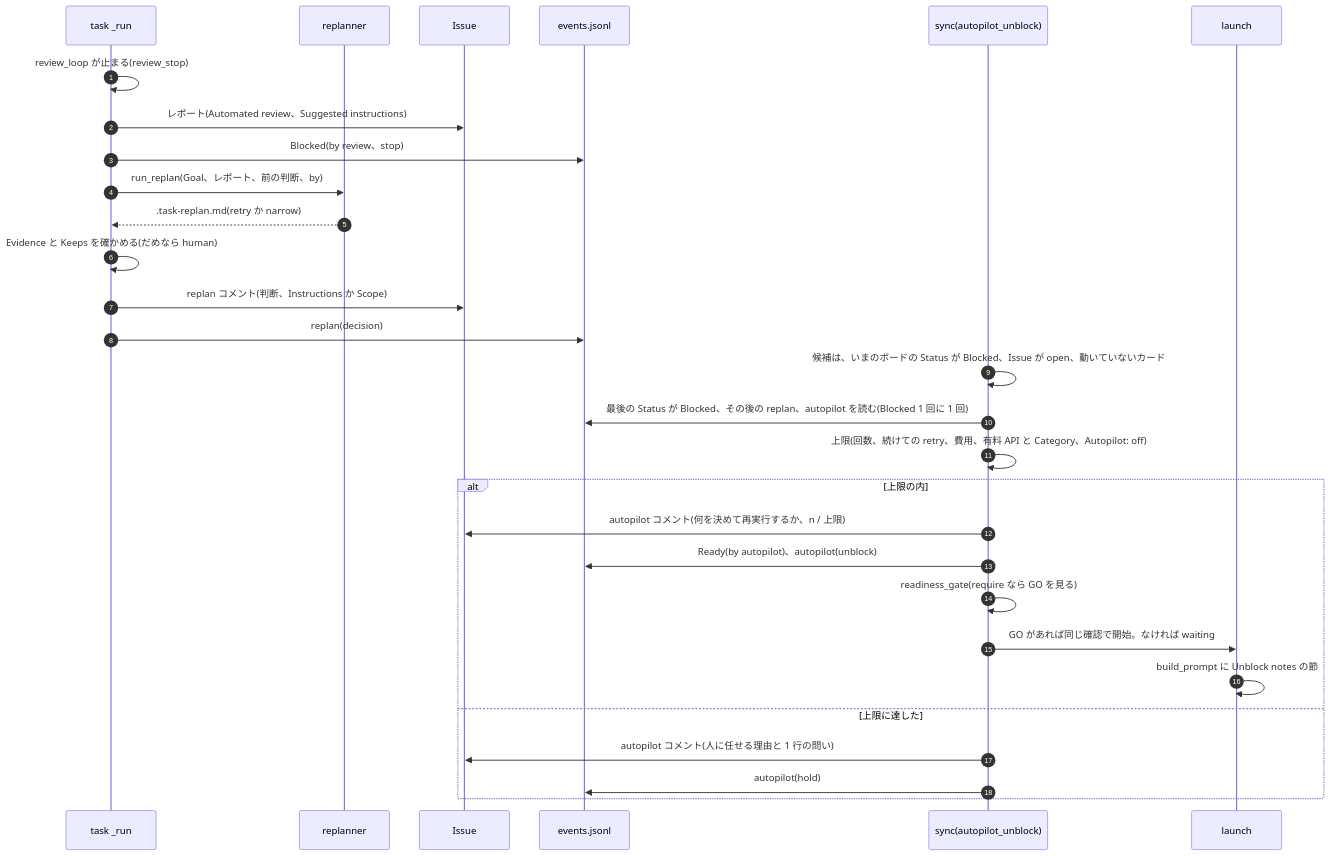
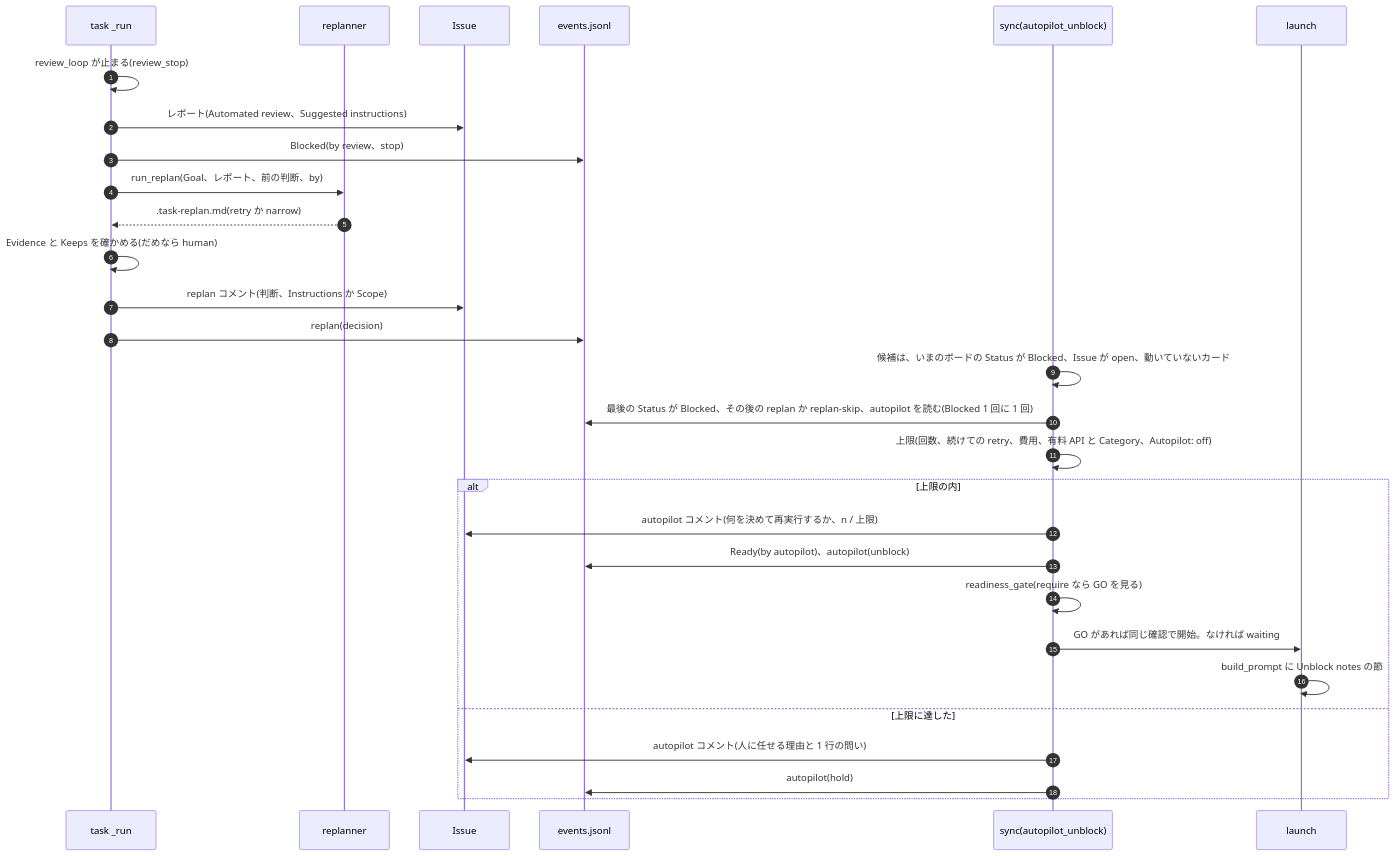
Before and after one commit to jyoka/task-hub: the third of 5 diagrams in docs/architecture/designs/autopilot-unblock.md, drawn with Mermaid. The commit also changed other lines of this file, not shown here.

Commit message:
task 283: オートパイロット: Blocked を自分で片付ける(設計)

````diff
--- a/docs/architecture/designs/autopilot-unblock.md
+++ b/docs/architecture/designs/autopilot-unblock.md
@@ -160,31 +160,31 @@
 ```mermaid
 sequenceDiagram
     autonumber
     participant R as task _run
     participant P as replanner
     participant I as Issue
     participant E as events.jsonl
     participant S as sync(autopilot_unblock)
     participant L as launch
     R->>R: review_loop が止まる(review_stop)
     R->>I: レポート(Automated review、Suggested instructions)
     R->>E: Blocked(by review、stop)
     R->>P: run_replan(Goal、レポート、前の判断、by)
     P-->>R: .task-replan.md(retry か narrow)
     R->>R: Evidence と Keeps を確かめる(だめなら human)
     R->>I: replan コメント(判断、Instructions か Scope)
     R->>E: replan(decision)
     S->>S: 候補は、いまのボードの Status が Blocked、Issue が open、動いていないカード
-    S->>E: 最後の Status が Blocked、その後の replan、autopilot を読む(Blocked 1 回に 1 回)
+    S->>E: 最後の Status が Blocked、その後の replan か replan-skip、autopilot を読む(Blocked 1 回に 1 回)
     S->>S: 上限(回数、続けての retry、費用、有料 API と Category、Autopilot: off)
     alt 上限の内
         S->>I: autopilot コメント(何を決めて再実行するか、n / 上限)
         S->>E: Ready(by autopilot)、autopilot(unblock)
         S->>S: readiness_gate(require なら GO を見る)
         S->>L: GO があれば同じ確認で開始。なければ waiting
         L->>L: build_prompt に Unblock notes の節
     else 上限に達した
         S->>I: autopilot コメント(人に任せる理由と 1 行の問い)
         S->>E: autopilot(hold)
     end
 ```
````
